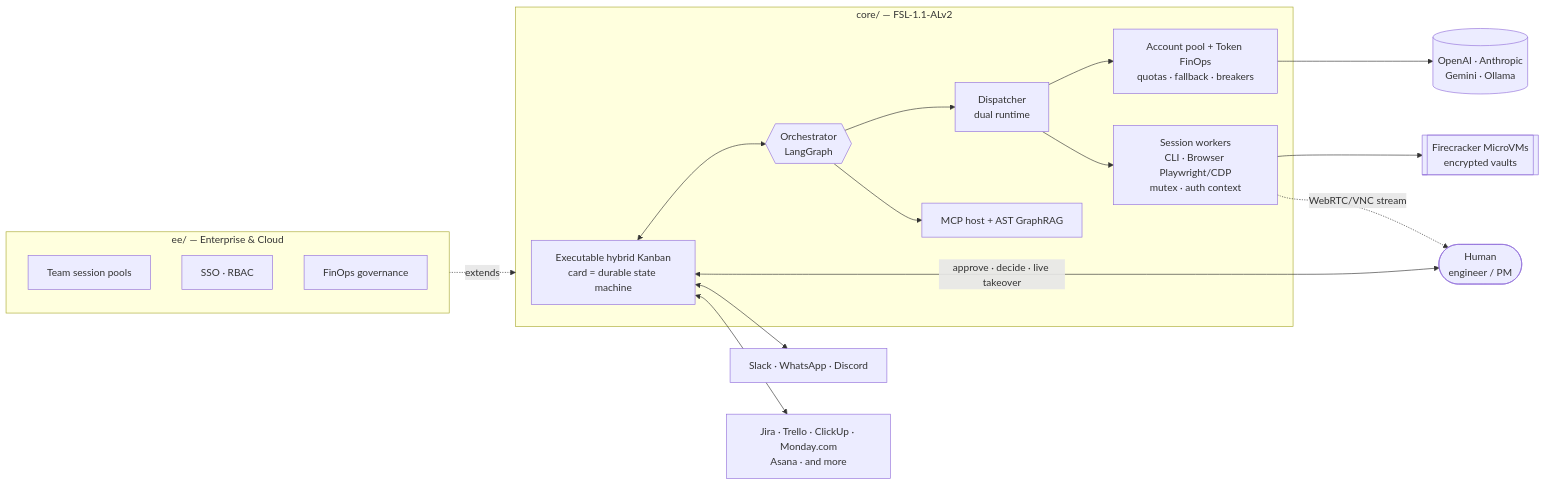
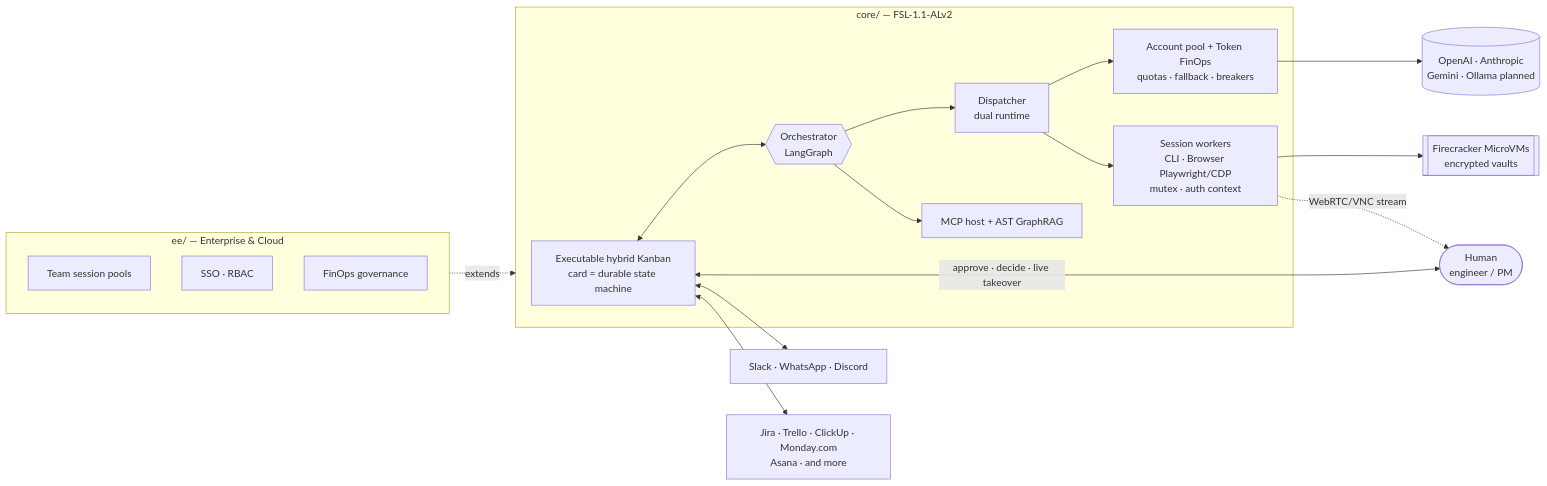
One commit to Tradvia/tradvia changed the diagram in README.md. Above: the diagram before and after it, drawn with Mermaid. The commit also changed other lines of this file and 3 other files, not shown here.

````diff
--- a/README.md
+++ b/README.md
@@ -106,30 +106,30 @@
 ```mermaid
 flowchart LR
     H([Human<br/>engineer / PM]) <-->|approve · decide · live takeover| K
 
     subgraph CORE["core/ — FSL-1.1-ALv2"]
         K[Executable hybrid Kanban<br/>card = durable state machine]
         O{{Orchestrator<br/>LangGraph}}
         D[Dispatcher<br/>dual runtime]
         P[Account pool + Token FinOps<br/>quotas · fallback · breakers]
         W[Session workers<br/>CLI · Browser Playwright/CDP<br/>mutex · auth context]
         M[MCP host + AST GraphRAG]
         K <--> O --> D
         D --> P
         D --> W
         O --> M
     end
 
-    P --> LLM[(OpenAI · Anthropic<br/>Gemini · Ollama)]
+    P --> LLM[(OpenAI · Anthropic<br/>Gemini · Ollama planned)]
     W --> VM[[Firecracker MicroVMs<br/>encrypted vaults]]
     W -.WebRTC/VNC stream.-> H
     K <--> CH[Slack · WhatsApp · Discord]
     K <--> TR[Jira · Trello · ClickUp · Monday.com<br/>Asana · and more]
 
     subgraph EE["ee/ — Enterprise & Cloud"]
         TP[Team session pools]
         RBAC[SSO · RBAC]
         GOV[FinOps governance]
     end
     EE -.extends.-> CORE
 ```
````
